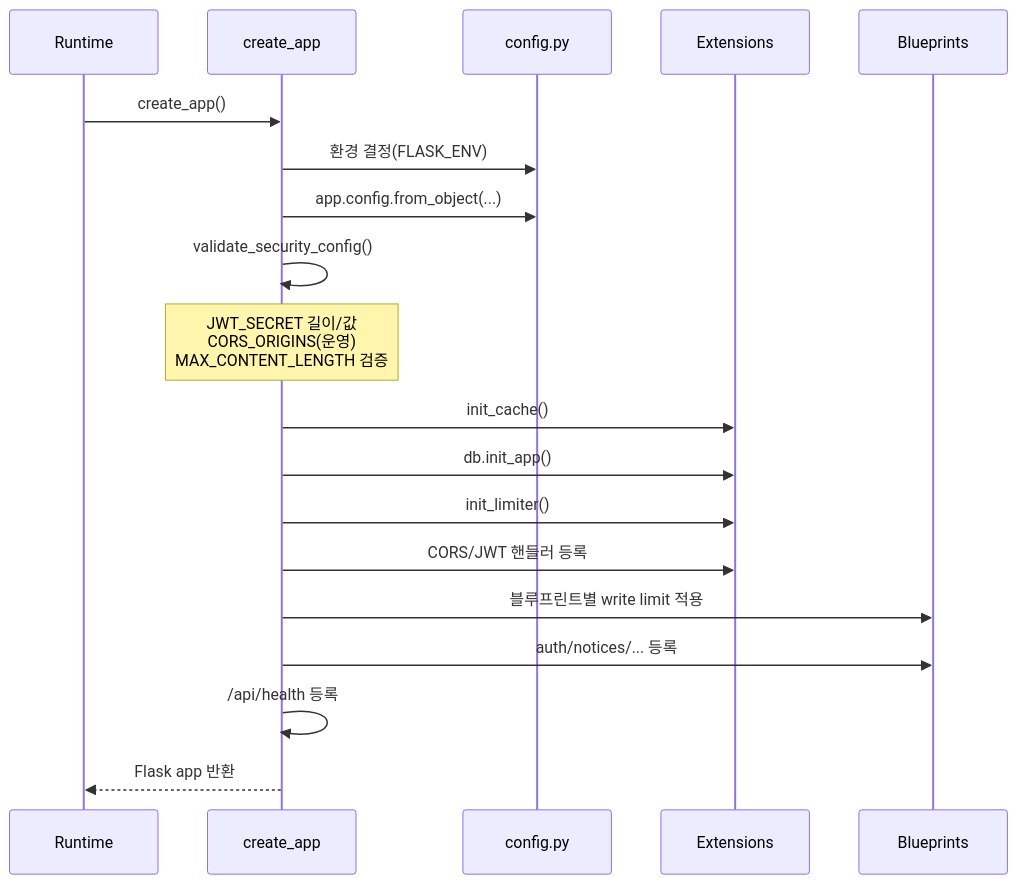
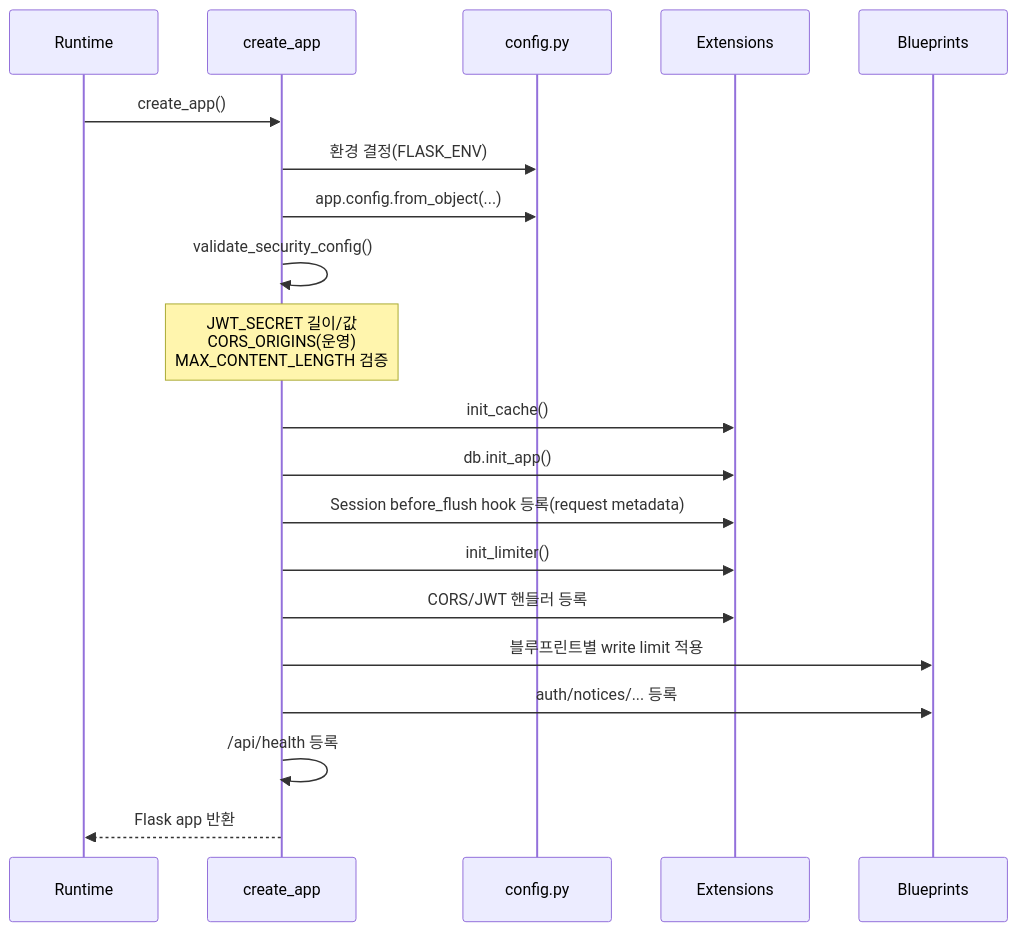
Before and after one commit to hanjm-github/beomseo.in: the second of 7 diagrams in backend/docs/backend_architecture.md, drawn with Mermaid. The commit also changed other lines of this file and 17 other files, not shown here.

````diff
--- a/backend/docs/backend_architecture.md
+++ b/backend/docs/backend_architecture.md
@@ -35,22 +38,23 @@
 ```mermaid
 sequenceDiagram
     participant Runtime as Runtime
     participant App as create_app
     participant Config as config.py
     participant Ext as Extensions
     participant BP as Blueprints
 
     Runtime->>App: create_app()
     App->>Config: 환경 결정(FLASK_ENV)
     App->>Config: app.config.from_object(...)
     App->>App: validate_security_config()
     Note over App: JWT_SECRET 길이/값<br/>CORS_ORIGINS(운영)<br/>MAX_CONTENT_LENGTH 검증
     App->>Ext: init_cache()
     App->>Ext: db.init_app()
+    App->>Ext: Session before_flush hook 등록(request metadata)
     App->>Ext: init_limiter()
     App->>Ext: CORS/JWT 핸들러 등록
     App->>BP: 블루프린트별 write limit 적용
     App->>BP: auth/notices/... 등록
     App->>App: /api/health 등록
     App-->>Runtime: Flask app 반환
 ```
````
